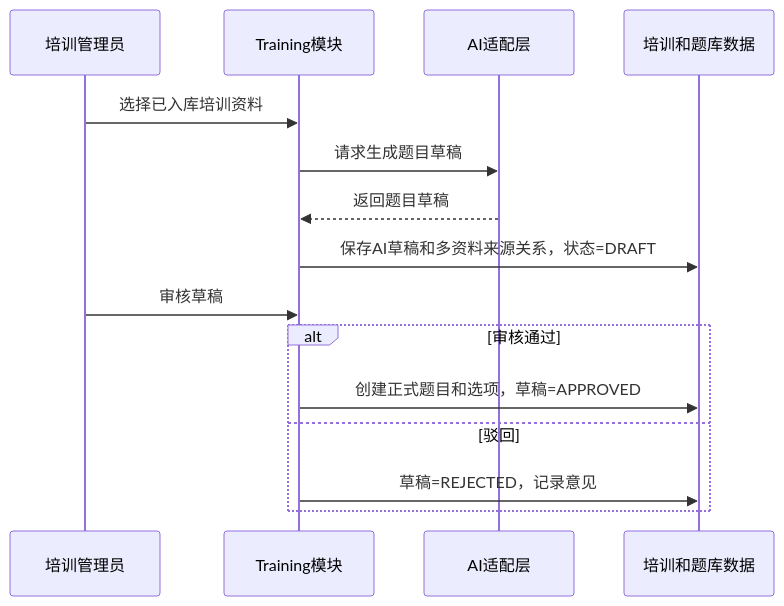
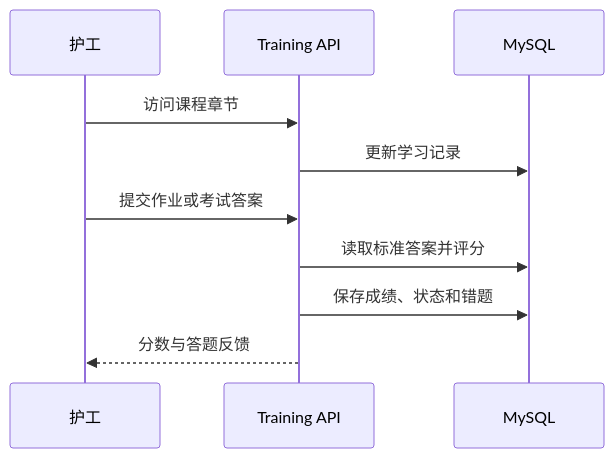
Before and after one commit to thesantaana/Care-Nexus: the fourth of 4 diagrams in docs/design/系统分析与设计模型.md, drawn with Mermaid. The commit also changed other lines of this file and 110 other files, not shown here.

````diff
--- a/docs/design/系统分析与设计模型.md
+++ b/docs/design/系统分析与设计模型.md
@@ -277,17 +60,12 @@
 ```mermaid
 sequenceDiagram
-    participant T as 培训管理员
-    participant Train as Training模块
-    participant AI as AI适配层
-    participant DB as 培训和题库数据
-    T->>Train: 选择已入库培训资料
-    Train->>AI: 请求生成题目草稿
-    AI-->>Train: 返回题目草稿
-    Train->>DB: 保存AI草稿和多资料来源关系，状态=DRAFT
-    T->>Train: 审核草稿
-    alt 审核通过
-        Train->>DB: 创建正式题目和选项，草稿=APPROVED
-    else 驳回
-        Train->>DB: 草稿=REJECTED，记录意见
-    end
+  participant C as 护工
+  participant T as Training API
+  participant DB as MySQL
+  C->>T: 访问课程章节
+  T->>DB: 更新学习记录
+  C->>T: 提交作业或考试答案
+  T->>DB: 读取标准答案并评分
+  T->>DB: 保存成绩、状态和错题
+  T-->>C: 分数与答题反馈
 ```
````
